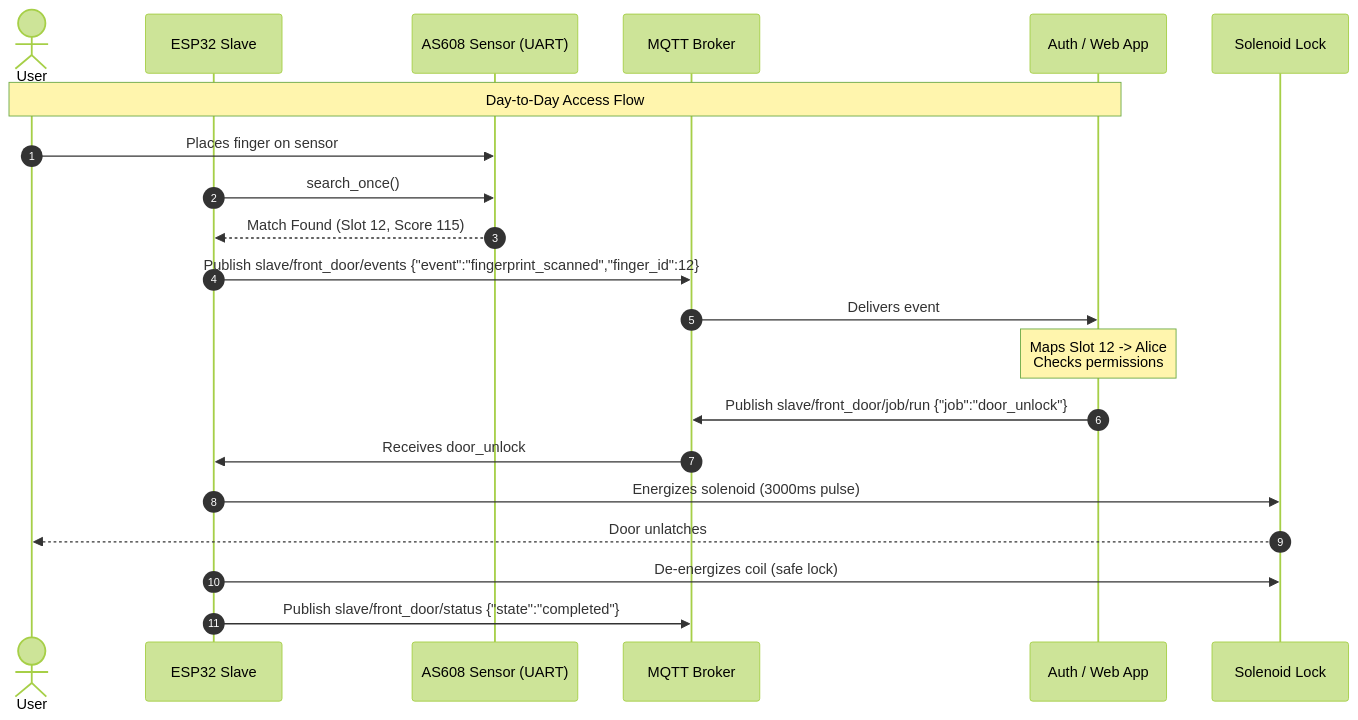
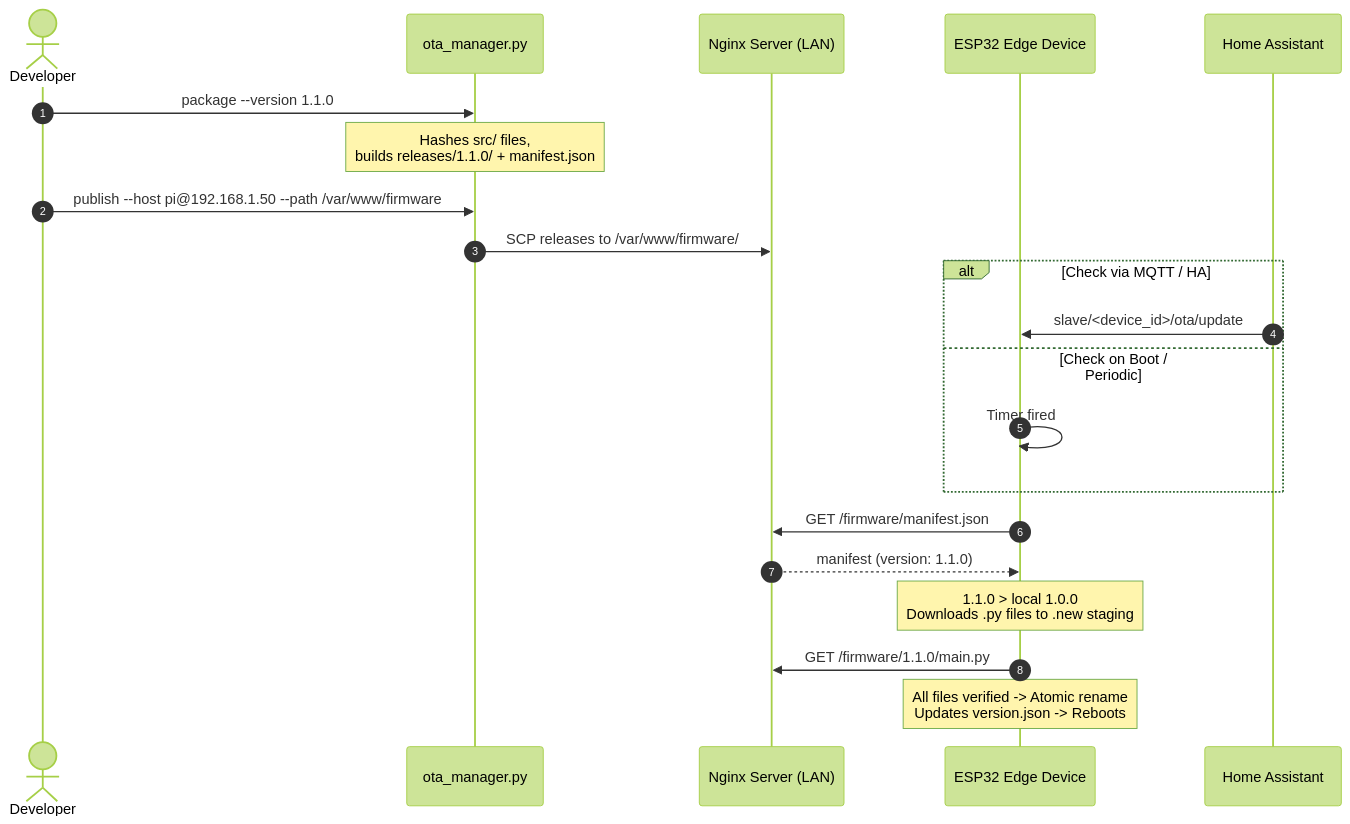
Before and after one commit to synsi23b/mqtt_micropy_slave: the diagram in README.md, drawn with Mermaid (forest theme). The commit also changed other lines of this file and 35 other files, not shown here.

````diff
--- a/README.md
+++ b/README.md
@@ -12,24 +117,26 @@
 ```mermaid
 sequenceDiagram
     autonumber
-    actor User
-    participant ESP as ESP32 Slave
-    participant AS608 as AS608 Sensor (UART)
-    participant Broker as MQTT Broker
-    participant Auth as Auth / Web App
-    participant Sol as Solenoid Lock
+    actor Dev as Developer
+    participant Tool as ota_manager.py
+    participant Nginx as Nginx Server (LAN)
+    participant ESP as ESP32 Edge Device
+    participant HA as Home Assistant
 
-    Note over User,Auth: Day-to-Day Access Flow
-    User->>AS608: Places finger on sensor
-    ESP->>AS608: search_once()
-    AS608-->>ESP: Match Found (Slot 12, Score 115)
-    ESP->>Broker: Publish slave/front_door/events {"event":"fingerprint_scanned","finger_id":12}
-    Broker->>Auth: Delivers event
-    Note over Auth: Maps Slot 12 -> Alice<br/>Checks permissions
-    Auth->>Broker: Publish slave/front_door/job/run {"job":"door_unlock"}
-    Broker->>ESP: Receives door_unlock
-    ESP->>Sol: Energizes solenoid (3000ms pulse)
-    Sol-->>User: Door unlatches
-    ESP->>Sol: De-energizes coil (safe lock)
-    ESP->>Broker: Publish slave/front_door/status {"state":"completed"}
+    Dev->>Tool: package --version 1.1.0
+    Note over Tool: Hashes src/ files,<br/>builds releases/1.1.0/ + manifest.json
+    Dev->>Tool: publish --host pi@192.168.1.50 --path /var/www/firmware
+    Tool->>Nginx: SCP releases to /var/www/firmware/
+    
+    alt Check via MQTT / HA
+        HA->>ESP: slave/<device_id>/ota/update
+    else Check on Boot / Periodic
+        ESP->>ESP: Timer fired
+    end
+
+    ESP->>Nginx: GET /firmware/manifest.json
+    Nginx-->>ESP: manifest (version: 1.1.0)
+    Note over ESP: 1.1.0 > local 1.0.0<br/>Downloads .py files to .new staging
+    ESP->>Nginx: GET /firmware/1.1.0/main.py
+    Note over ESP: All files verified -> Atomic rename<br/>Updates version.json -> Reboots
 ```
````
